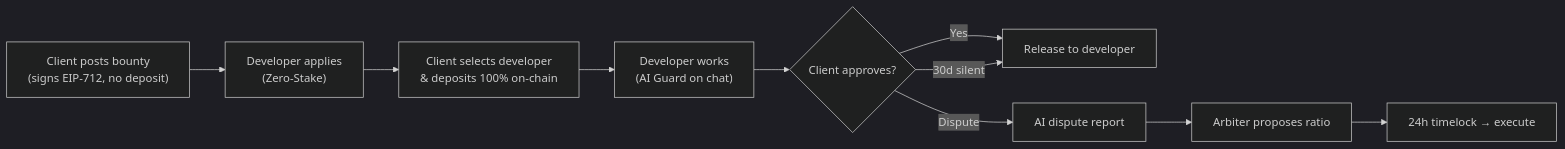
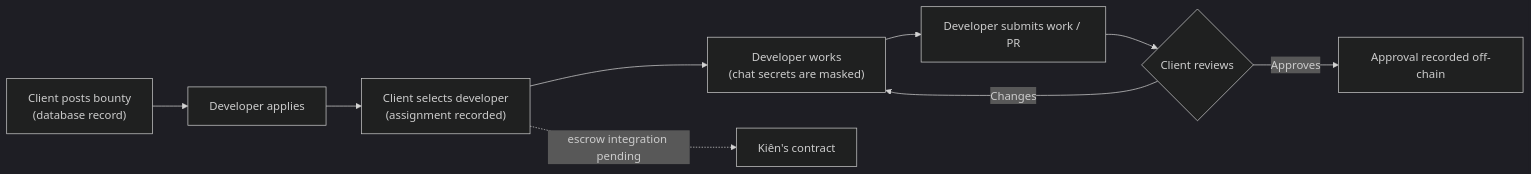
Before and after one commit to trongkhoidev/capstone1-bloody-roar: the first of 3 diagrams in README.md, drawn with Mermaid (dark theme). The commit also changed other lines of this file and 102 other files, not shown here.

````diff
--- a/README.md
+++ b/README.md
@@ -63,12 +63,11 @@
 ```mermaid
 flowchart LR
-    A["Client posts bounty<br/>(signs EIP-712, no deposit)"] --> B["Developer applies<br/>(Zero-Stake)"]
-    B --> C["Client selects developer<br/>& deposits 100% on-chain"]
-    C --> D["Developer works<br/>(AI Guard on chat)"]
-    D --> E{"Client approves?"}
-    E -- Yes --> F["Release to developer"]
-    E -- 30d silent --> F
-    E -- Dispute --> G["AI dispute report"]
-    G --> H["Arbiter proposes ratio"]
-    H --> I["24h timelock → execute"]
+    A["Client posts bounty<br/>(database record)"] --> B["Developer applies"]
+    B --> C["Client selects developer<br/>(assignment recorded)"]
+    C --> D["Developer works<br/>(chat secrets are masked)"]
+    D --> E["Developer submits work / PR"]
+    E --> F{"Client reviews"}
+    F -- Changes --> D
+    F -- Approves --> G["Approval recorded off-chain"]
+    C -. "escrow integration pending" .-> H["Kiên's contract"]
 ```
````
